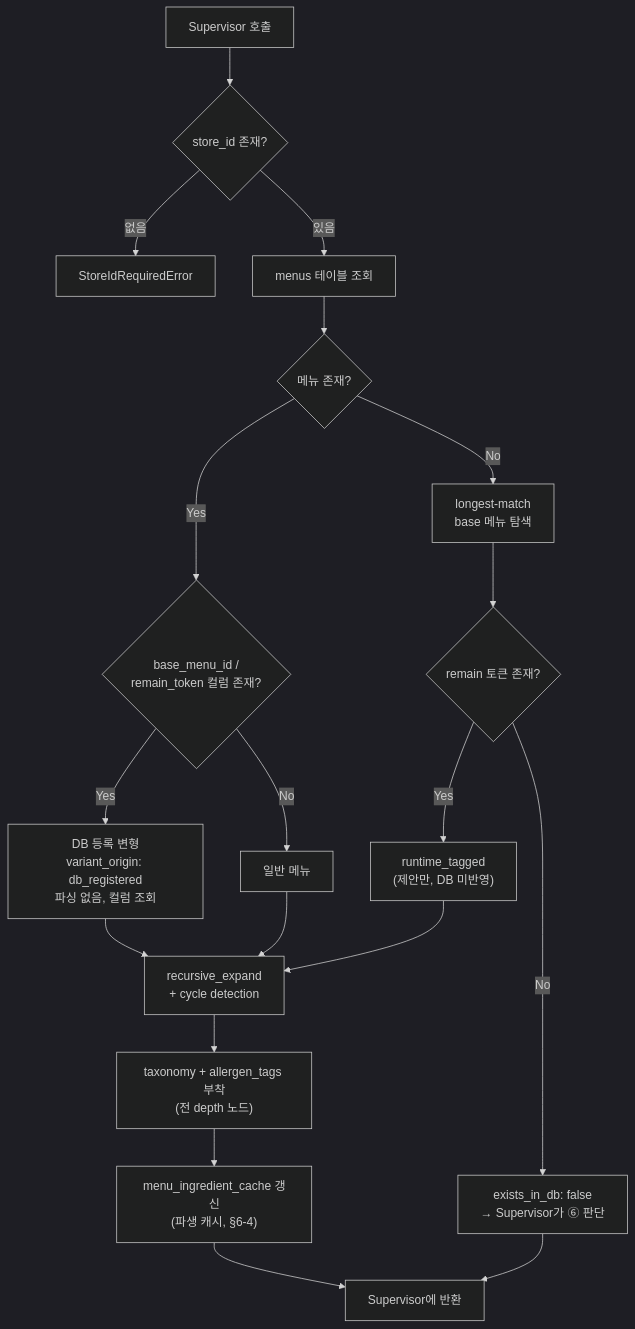
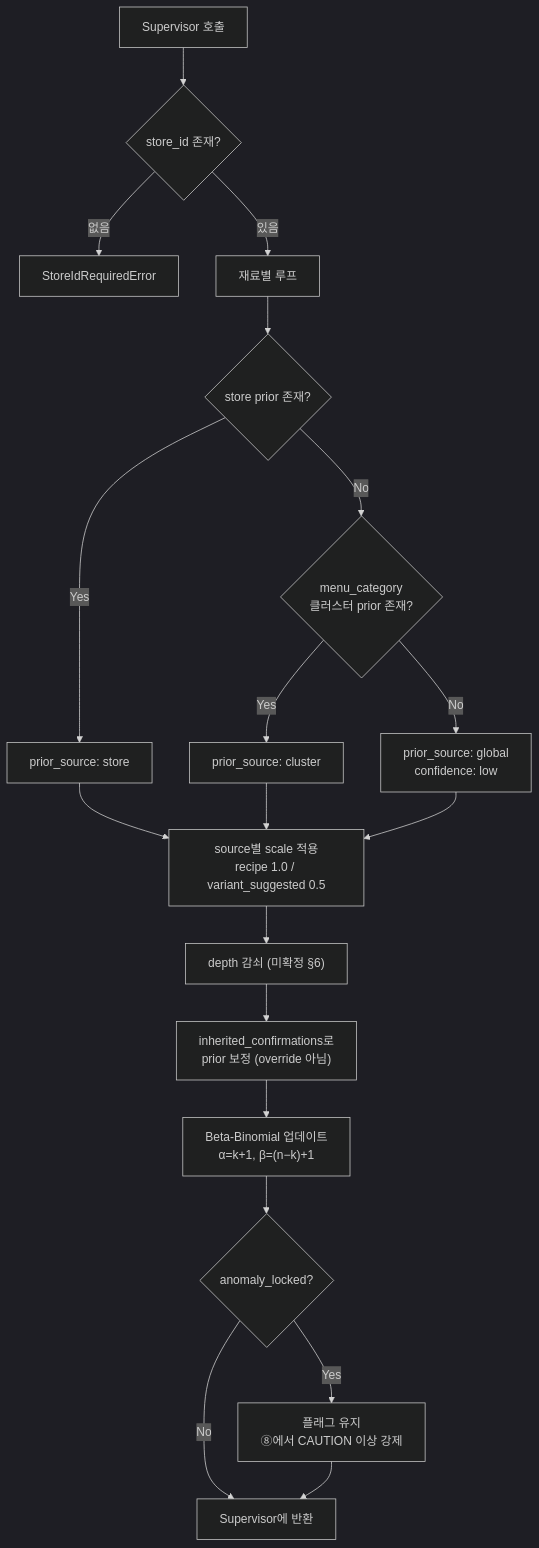
The diagram in docs/agent-5-Statistics.md (Han-Spoon/ai), drawn with Mermaid (dark theme) before and after one commit. The commit also changed other lines of this file, not shown here.

````diff
--- a/docs/agent-5-Statistics.md
+++ b/docs/agent-5-Statistics.md
@@ -179,25 +113,24 @@
 ```mermaid
 flowchart TD
     S[Supervisor 호출] --> V{store_id 존재?}
     V -->|없음| ERR[StoreIdRequiredError]
-    V -->|있음| Q[menus 테이블 조회]
+    V -->|있음| L[재료별 루프]
 
-    Q --> E{메뉴 존재?}
-    E -->|Yes| VC{"base_menu_id /<br/>remain_token 컬럼 존재?"}
-    E -->|No| LM["longest-match<br/>base 메뉴 탐색"]
+    L --> P{store prior 존재?}
+    P -->|Yes| SP["prior_source: store"]
+    P -->|No| CL{"menu_category<br/>클러스터 prior 존재?"}
+    CL -->|Yes| CP["prior_source: cluster"]
+    CL -->|No| GP["prior_source: global<br/>confidence: low"]
 
-    VC -->|Yes| DBV["DB 등록 변형<br/>variant_origin: db_registered<br/>파싱 없음, 컬럼 조회"]
-    VC -->|No| PLAIN["일반 메뉴"]
+    SP --> SRC["source별 scale 적용<br/>recipe 1.0 / variant_suggested 0.5"]
+    CP --> SRC
+    GP --> SRC
 
-    LM --> RM{remain 토큰 존재?}
-    RM -->|Yes| RTV["runtime_tagged<br/>(제안만, DB 미반영)"]
-    RM -->|No| NF["exists_in_db: false<br/>→ Supervisor가 ⑥ 판단"]
-
-    DBV --> R["recursive_expand<br/>+ cycle detection"]
-    PLAIN --> R
-    RTV --> R
-    R --> TAG["taxonomy + allergen_tags 부착<br/>(전 depth 노드)"]
-    TAG --> CACHE["menu_ingredient_cache 갱신<br/>(파생 캐시, §6-4)"]
-    CACHE --> OUT[Supervisor에 반환]
-    NF --> OUT
+    SRC --> DEP["depth 감쇠 (미확정 §6)"]
+    DEP --> INH["inherited_confirmations로<br/>prior 보정 (override 아님)"]
+    INH --> BB["Beta-Binomial 업데이트<br/>α=k+1, β=(n−k)+1"]
+    BB --> LOCK{"anomaly_locked?"}
+    LOCK -->|Yes| MARK["플래그 유지<br/>⑧에서 CAUTION 이상 강제"]
+    LOCK -->|No| OUT[Supervisor에 반환]
+    MARK --> OUT
 ```
````
